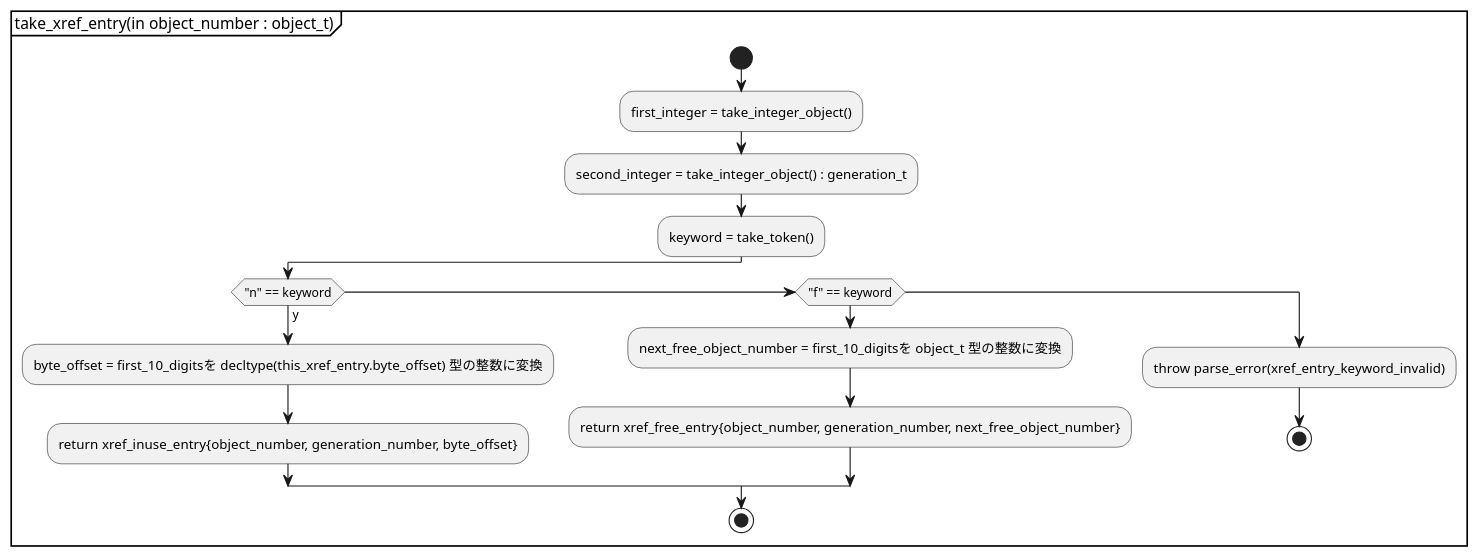
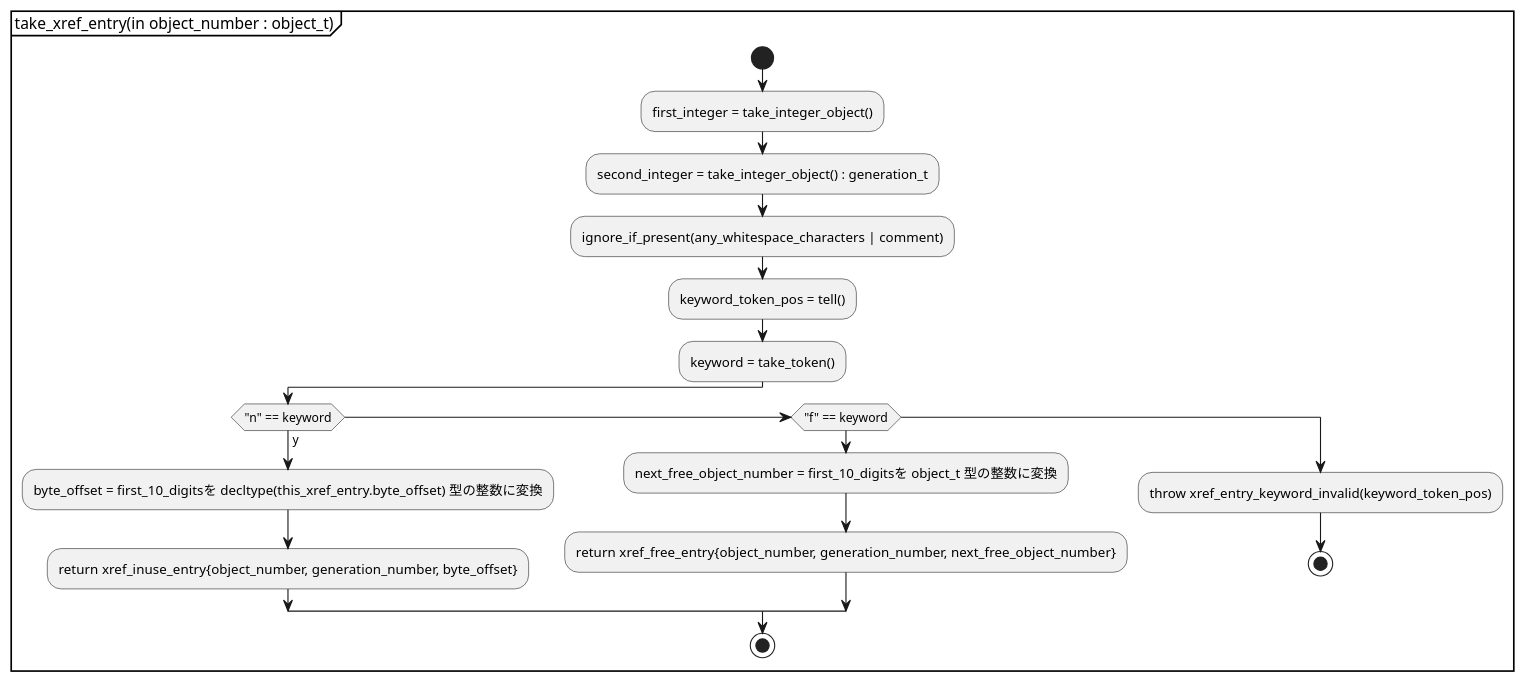
Before and after one commit to KodaiYM/PDFReader: the fourth of 5 diagrams in document/document_reader/ipdfstream/ipdfstream.activity.pu, drawn with PlantUML. The commit also changed other lines of this file and 23 other files, not shown here.

```diff
--- a/document/document_reader/ipdfstream/ipdfstream.activity.pu
+++ b/document/document_reader/ipdfstream/ipdfstream.activity.pu
@@ -62,21 +64,24 @@
 @startuml take_xref_entry
 partition "take_xref_entry(in object_number : object_t)" {
 start
 	:first_integer = take_integer_object();
 	:second_integer = take_integer_object() : generation_t;
+
+	:ignore_if_present(any_whitespace_characters | comment);
+	:keyword_token_pos = tell();
 
 	:keyword = take_token();
 
 	if ("n" == keyword) then (y)
 		:byte_offset = first_10_digitsを decltype(this_xref_entry.byte_offset) 型の整数に変換;
 		:return xref_inuse_entry{object_number, generation_number, byte_offset};
 	elseif ("f" == keyword)
 		:next_free_object_number = first_10_digitsを object_t 型の整数に変換;
 		:return xref_free_entry{object_number, generation_number, next_free_object_number};
 	else
-		:throw parse_error(xref_entry_keyword_invalid);
+		:throw xref_entry_keyword_invalid(keyword_token_pos);
 		stop
 	endif
 stop
 }
 @enduml
```
